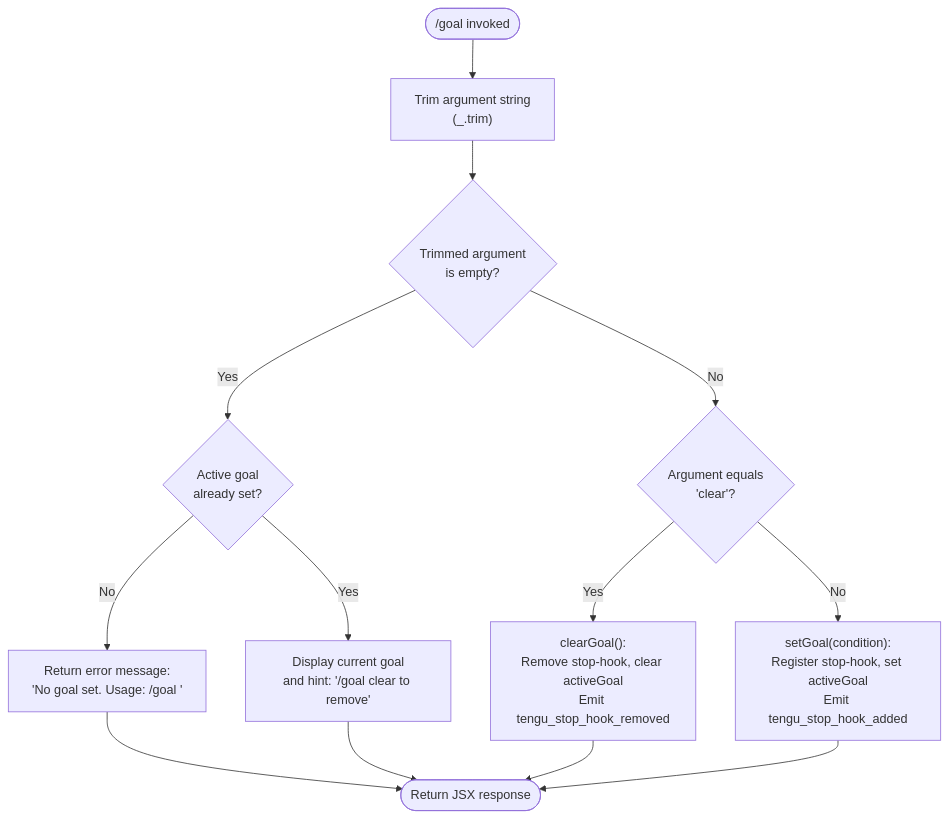
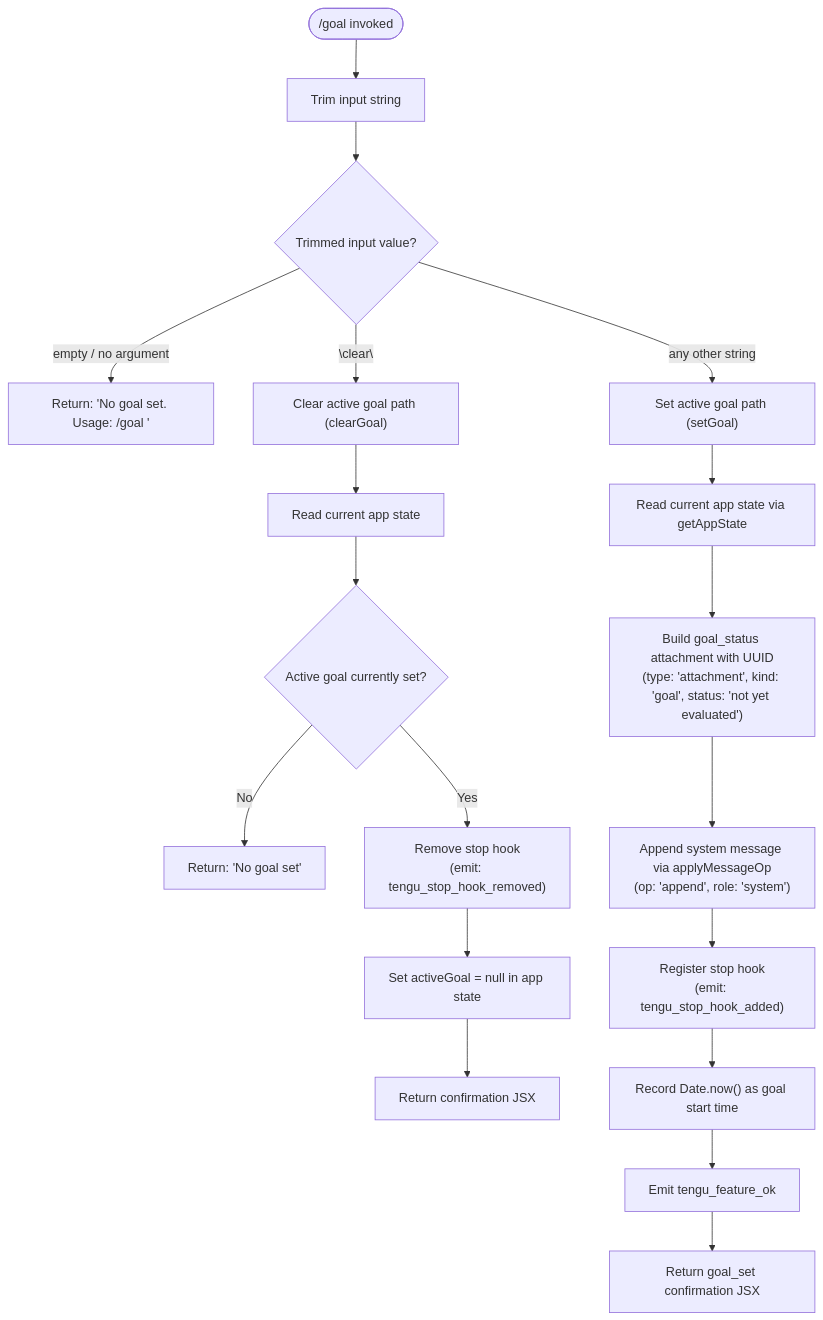
Before and after one commit to MyLittleLuckyDog/cc-gnothi: the diagram in versions/v2.1.132/goal.md, drawn with Mermaid. The commit also changed other lines of this file and 96 other files, not shown here.

````diff
--- a/versions/v2.1.132/goal.md
+++ b/versions/v2.1.132/goal.md
@@ -47,15 +55,23 @@
 ```mermaid
 flowchart TD
-    A(["/goal invoked"]) --> B["Trim argument string\n(_.trim)"]
-    B --> C{Trimmed argument\nis empty?}
-    C -- Yes --> D{Active goal\nalready set?}
-    D -- No --> E["Return error message:\n'No goal set. Usage: /goal <condition>'"]
-    D -- Yes --> F["Display current goal\nand hint: '/goal clear to remove'"]
-    C -- No --> G{Argument equals\n'clear'?}
-    G -- Yes --> H["clearGoal():\nRemove stop-hook, clear activeGoal\nEmit tengu_stop_hook_removed"]
-    G -- No --> I["setGoal(condition):\nRegister stop-hook, set activeGoal\nEmit tengu_stop_hook_added"]
-    E --> Z([Return JSX response])
-    F --> Z
-    H --> Z
-    I --> Z
+    A(["/goal invoked"]) --> B["Trim input string"]
+    B --> C{Trimmed input value?}
+    C -- "empty / no argument" --> D["Return: 'No goal set. Usage: /goal <condition>'"]
+    C -- "\"clear\"" --> E["Clear active goal path (clearGoal)"]
+    C -- "any other string" --> F["Set active goal path (setGoal)"]
+
+    E --> G["Read current app state"]
+    G --> H{Active goal currently set?}
+    H -- "No" --> I["Return: 'No goal set'"]
+    H -- "Yes" --> J["Remove stop hook\n(emit: tengu_stop_hook_removed)"]
+    J --> K["Set activeGoal = null in app state"]
+    K --> L["Return confirmation JSX"]
+
+    F --> M["Read current app state via getAppState"]
+    M --> N["Build goal_status attachment with UUID\n(type: 'attachment', kind: 'goal', status: 'not yet evaluated')"]
+    N --> O["Append system message via applyMessageOp\n(op: 'append', role: 'system')"]
+    O --> P["Register stop hook\n(emit: tengu_stop_hook_added)"]
+    P --> Q["Record Date.now() as goal start time"]
+    Q --> R["Emit tengu_feature_ok"]
+    R --> S["Return goal_set confirmation JSX"]
 ```
````
